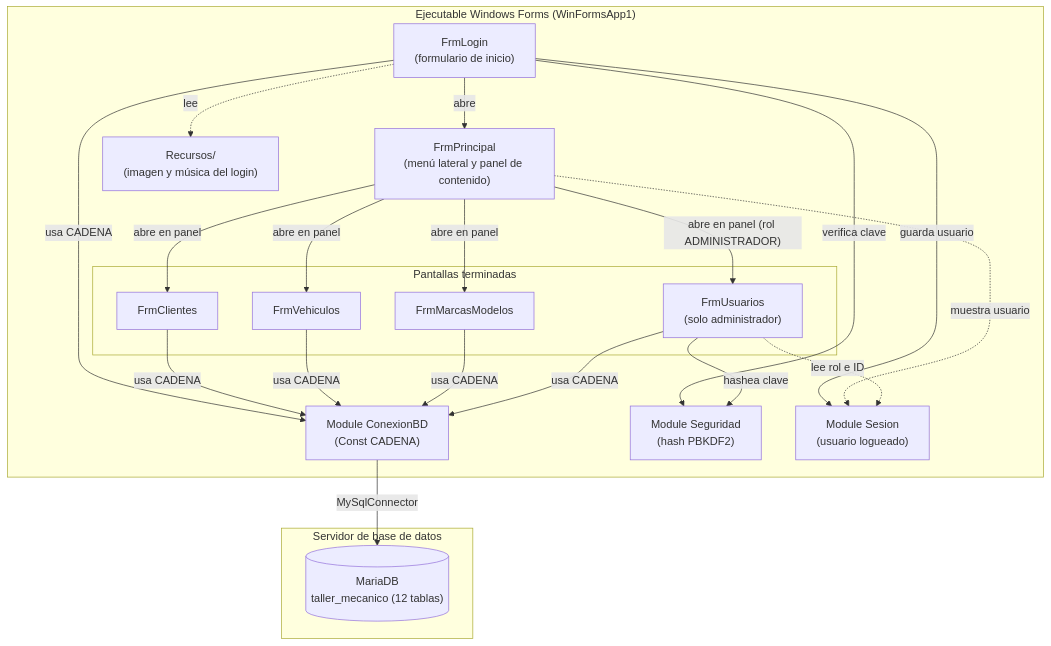
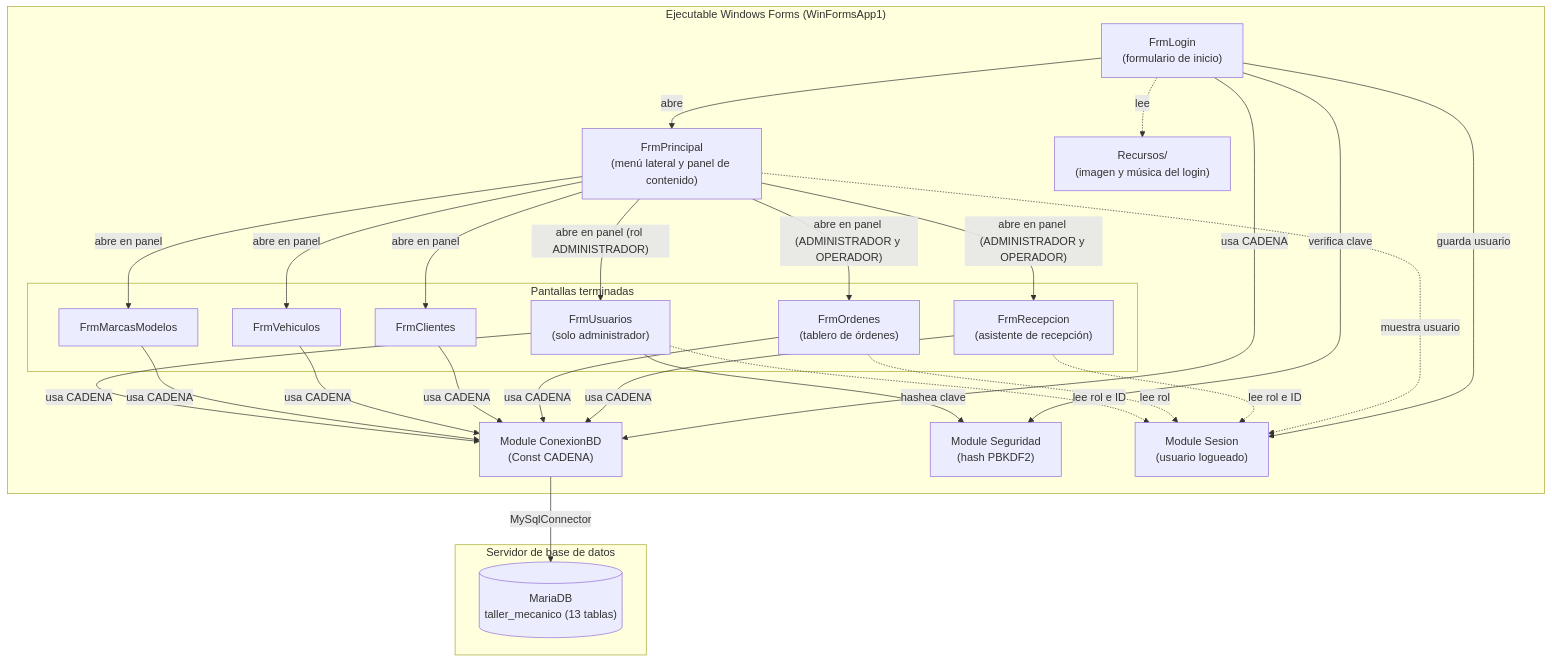
One commit to MedinaLucas1996/taller-mecanico changed the diagram in README.md. Above: the diagram before and after it, drawn with Mermaid. The commit also changed other lines of this file and 5 other files, not shown here.

````diff
--- a/README.md
+++ b/README.md
@@ -52,39 +74,47 @@
 ```mermaid
 graph TD
     subgraph Cliente["Ejecutable Windows Forms (WinFormsApp1)"]
         Login["FrmLogin<br/>(formulario de inicio)"]
         Principal["FrmPrincipal<br/>(menú lateral y panel de contenido)"]
         subgraph Pantallas["Pantallas terminadas"]
             Clientes["FrmClientes"]
             Vehiculos["FrmVehiculos"]
             Marcas["FrmMarcasModelos"]
             Usuarios["FrmUsuarios<br/>(solo administrador)"]
+            Recepcion["FrmRecepcion<br/>(asistente de recepción)"]
+            Ordenes["FrmOrdenes<br/>(tablero de órdenes)"]
         end
         Conexion["Module ConexionBD<br/>(Const CADENA)"]
         Seguridad["Module Seguridad<br/>(hash PBKDF2)"]
         Sesion["Module Sesion<br/>(usuario logueado)"]
         Recursos["Recursos/<br/>(imagen y música del login)"]
     end
 
     subgraph Datos["Servidor de base de datos"]
-        DB[("MariaDB<br/>taller_mecanico (12 tablas)")]
+        DB[("MariaDB<br/>taller_mecanico (13 tablas)")]
     end
 
     Login -->|"abre"| Principal
     Login -.->|"lee"| Recursos
     Login -->|"verifica clave"| Seguridad
     Login -->|"usa CADENA"| Conexion
     Login -->|"guarda usuario"| Sesion
     Principal -.->|"muestra usuario"| Sesion
     Principal -->|"abre en panel"| Clientes
     Principal -->|"abre en panel"| Vehiculos
     Principal -->|"abre en panel"| Marcas
     Principal -->|"abre en panel (rol ADMINISTRADOR)"| Usuarios
+    Principal -->|"abre en panel (ADMINISTRADOR y OPERADOR)"| Recepcion
+    Principal -->|"abre en panel (ADMINISTRADOR y OPERADOR)"| Ordenes
+    Recepcion -->|"usa CADENA"| Conexion
+    Recepcion -.->|"lee rol e ID"| Sesion
+    Ordenes -->|"usa CADENA"| Conexion
+    Ordenes -.->|"lee rol"| Sesion
     Clientes -->|"usa CADENA"| Conexion
     Vehiculos -->|"usa CADENA"| Conexion
     Marcas -->|"usa CADENA"| Conexion
     Usuarios -->|"usa CADENA"| Conexion
     Usuarios -->|"hashea clave"| Seguridad
     Usuarios -.->|"lee rol e ID"| Sesion
     Conexion -->|"MySqlConnector"| DB
 ```
````
